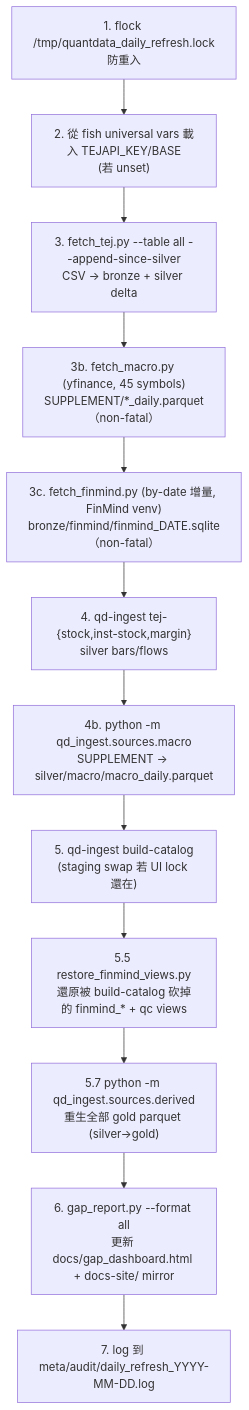
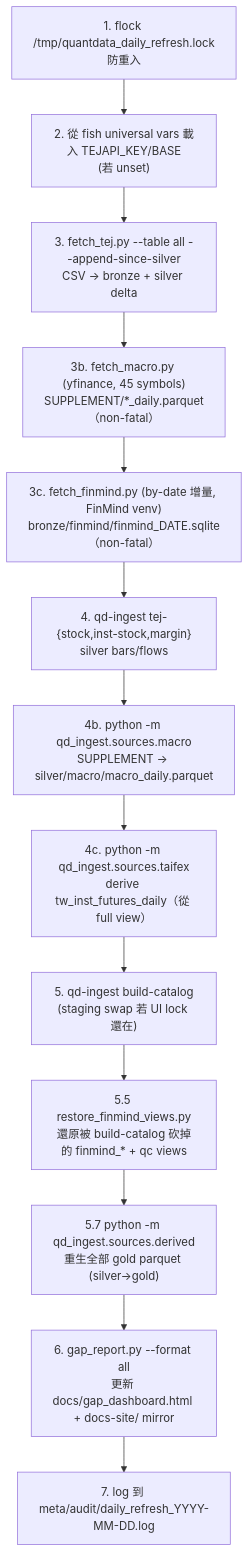
Before and after one commit to gsinvest017-ai/gs-scraper: the diagram in docs-site/ops/daily-refresh.md, drawn with Mermaid. The commit also changed other lines of this file and 2 other files, not shown here.

First line of the commit message:
M3: wire tw_inst_futures_daily derive into daily_refresh (step 2.6) + docs

````diff
--- a/docs-site/ops/daily-refresh.md
+++ b/docs-site/ops/daily-refresh.md
@@ -15,17 +15,18 @@
 ```mermaid
 flowchart TB
     L1["1. flock /tmp/quantdata_daily_refresh.lock<br/>防重入"]
     L2["2. 從 fish universal vars 載入 TEJAPI_KEY/BASE<br/>(若 unset)"]
     L3["3. fetch_tej.py --table all --append-since-silver<br/>CSV → bronze + silver delta"]
     L35["3b. fetch_macro.py (yfinance, 45 symbols)<br/>SUPPLEMENT/*_daily.parquet（non-fatal）"]
     L37["3c. fetch_finmind.py (by-date 增量, FinMind venv)<br/>bronze/finmind/finmind_DATE.sqlite（non-fatal）"]
     L4["4. qd-ingest tej-{stock,inst-stock,margin}<br/>silver bars/flows"]
     L45["4b. python -m qd_ingest.sources.macro<br/>SUPPLEMENT → silver/macro/macro_daily.parquet"]
+    L46["4c. python -m qd_ingest.sources.taifex<br/>derive tw_inst_futures_daily（從 full view）"]
     L5["5. qd-ingest build-catalog<br/>(staging swap 若 UI lock 還在)"]
     L55["5.5 restore_finmind_views.py<br/>還原被 build-catalog 砍掉的 finmind_* + qc views"]
     L57["5.7 python -m qd_ingest.sources.derived<br/>重生全部 gold parquet (silver→gold)"]
     L6["6. gap_report.py --format all<br/>更新 docs/gap_dashboard.html + docs-site/ mirror"]
     L7["7. log 到 meta/audit/daily_refresh_YYYY-MM-DD.log"]
 
-    L1 --> L2 --> L3 --> L35 --> L37 --> L4 --> L45 --> L5 --> L55 --> L57 --> L6 --> L7
+    L1 --> L2 --> L3 --> L35 --> L37 --> L4 --> L45 --> L46 --> L5 --> L55 --> L57 --> L6 --> L7
 ```
````
